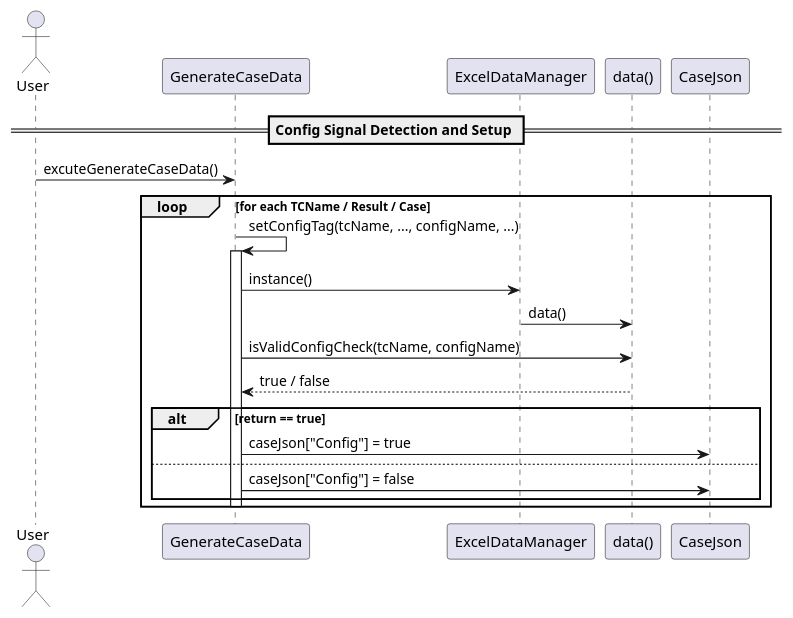
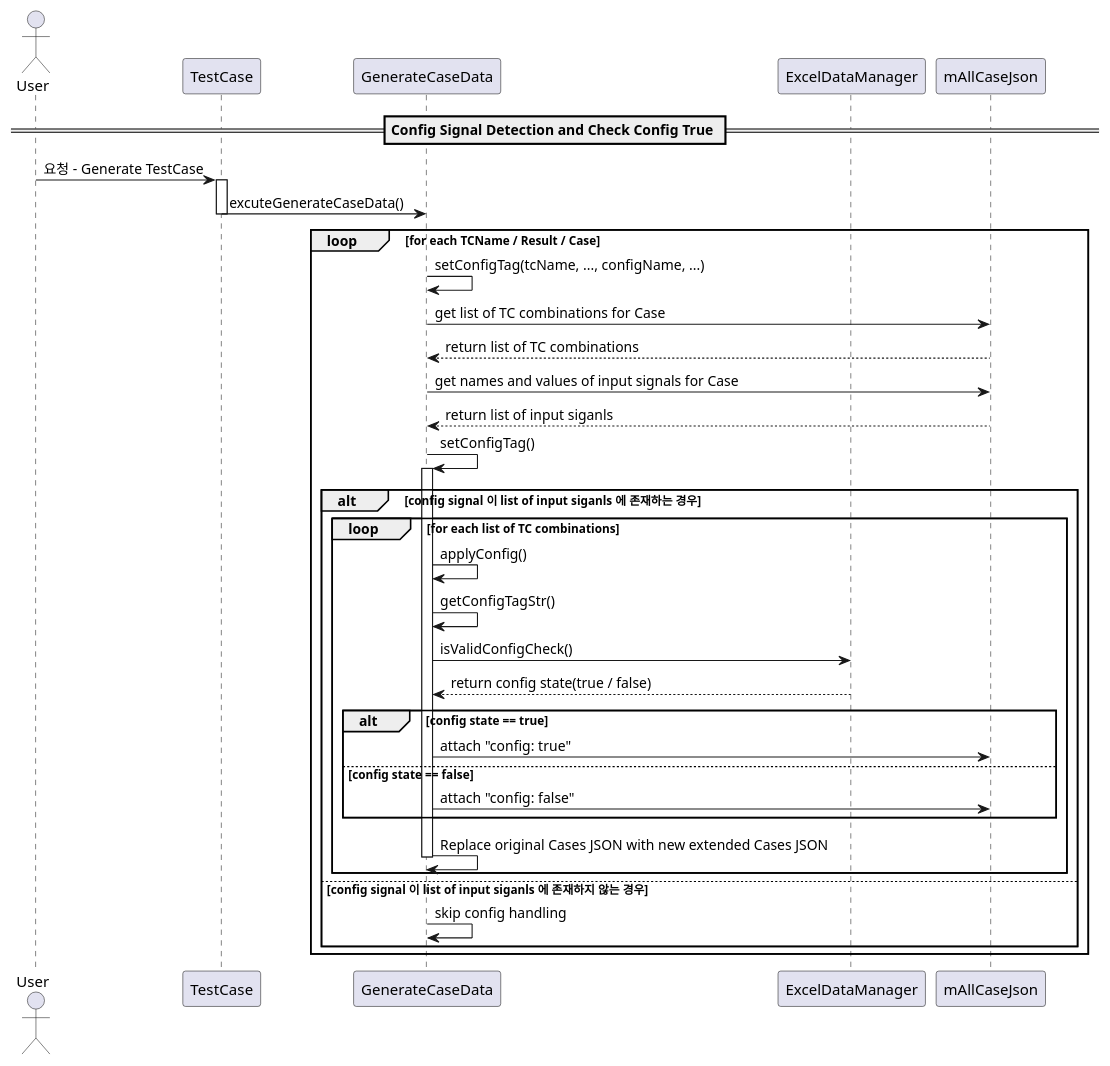
The diagram in Diagram/024_GenerateCaseData/SequenceDiagram7_CheckConfigTure.plantuml (rlarudgh1997/Application), drawn with PlantUML before and after one commit. The commit also changed 13 other files, not shown here.

```diff
--- a/Diagram/024_GenerateCaseData/SequenceDiagram7_CheckConfigTure.plantuml
+++ b/Diagram/024_GenerateCaseData/SequenceDiagram7_CheckConfigTure.plantuml
@@ -1,31 +1,45 @@
 @startuml
 
 actor User order 10
-
+participant TestCase order 15
 participant GenerateCaseData order 20
 participant ExcelDataManager order 30
-participant "data()" as ExcelData order 35
-participant "CaseJson" as QJsonObject order 40
+participant "mAllCaseJson" as QJsonObject order 60
 
-== Config Signal Detection and Setup ==
+== Config Signal Detection and Check Config True ==
+User -> TestCase : 요청 - Generate TestCase
 
-User -> GenerateCaseData : excuteGenerateCaseData()
+activate TestCase
+TestCase -> GenerateCaseData : excuteGenerateCaseData()
+deactivate TestCase
 
 loop for each TCName / Result / Case
     GenerateCaseData -> GenerateCaseData : setConfigTag(tcName, ..., configName, ...)
+    GenerateCaseData -> QJsonObject : get list of TC combinations for Case
+    QJsonObject --> GenerateCaseData : return list of TC combinations
+    GenerateCaseData -> QJsonObject : get names and values of input signals for Case
+    QJsonObject --> GenerateCaseData : return list of input siganls
 
-    activate GenerateCaseData
-    GenerateCaseData -> ExcelDataManager : instance()
-    ExcelDataManager -> ExcelData : data()
-    GenerateCaseData -> ExcelData : isValidConfigCheck(tcName, configName)
-    ExcelData --> GenerateCaseData : true / false
-
-    alt return == true
-        GenerateCaseData -> QJsonObject : caseJson["Config"] = true
-    else
-        GenerateCaseData -> QJsonObject : caseJson["Config"] = false
+    GenerateCaseData -> GenerateCaseData : setConfigTag()
+    alt config signal 이 list of input siganls 에 존재하는 경우
+        loop for each list of TC combinations
+        activate GenerateCaseData
+        GenerateCaseData -> GenerateCaseData : applyConfig()
+        GenerateCaseData -> GenerateCaseData : getConfigTagStr()
+        GenerateCaseData -> ExcelDataManager : isValidConfigCheck()
+        ExcelDataManager --> GenerateCaseData : return config state(true / false)
+        alt config state == true
+            GenerateCaseData -> QJsonObject : attach "config: true"
+        else config state == false
+            GenerateCaseData -> QJsonObject : attach "config: false"
+        end
+        GenerateCaseData -> GenerateCaseData : Replace original Cases JSON with new extended Cases JSON
+        deactivate GenerateCaseData
+        end
+    else config signal 이 list of input siganls 에 존재하지 않는 경우
+        GenerateCaseData -> GenerateCaseData : skip config handling
     end
     deactivate GenerateCaseData
 end
 
 @enduml
```
